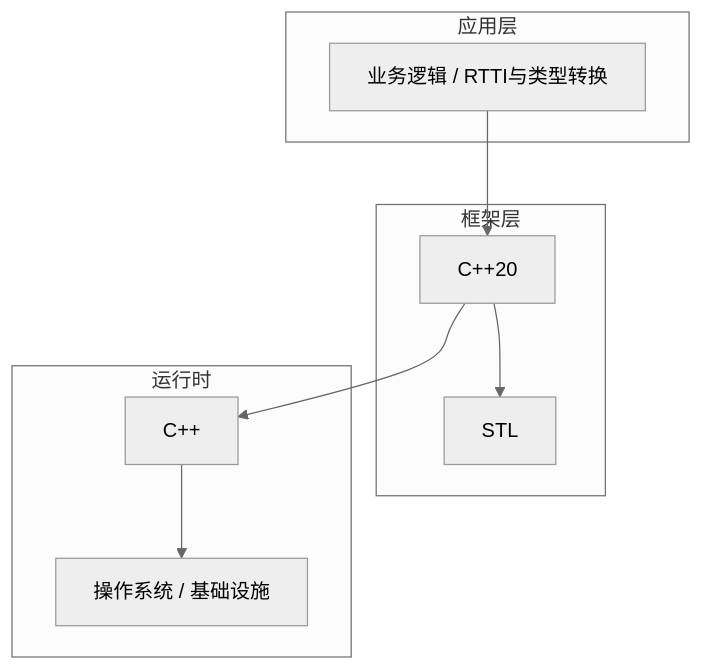
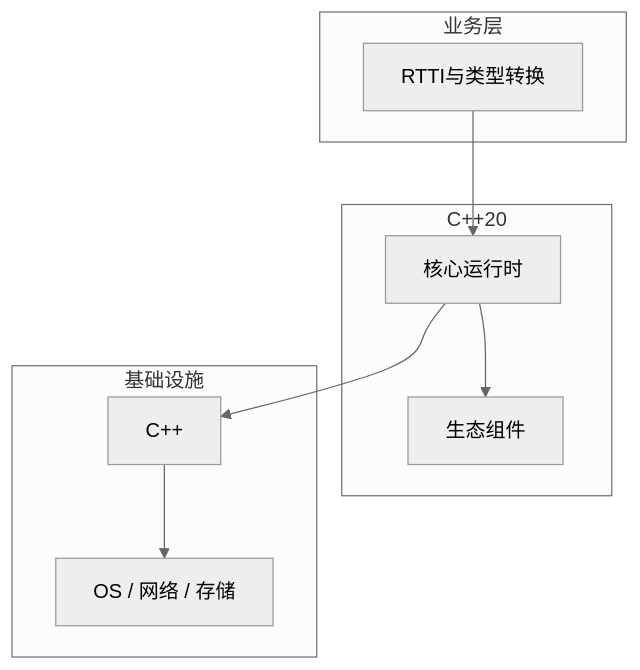
Before and after one commit to yanggan2015/knowledge-json-v2: the diagram in articles/C++/chapters/123-RTTI与类型转换核心概念与原理.md, drawn with Mermaid (neutral theme). The commit also changed other lines of this file and 10127 other files, not shown here.

````diff
--- a/articles/C++/chapters/123-RTTI与类型转换核心概念与原理.md
+++ b/articles/C++/chapters/123-RTTI与类型转换核心概念与原理.md
@@ -45,18 +34,18 @@
 ```mermaid
 graph TB
-    subgraph 应用层
-        A[业务逻辑 / RTTI与类型转换]
+    subgraph 业务层
+        A[RTTI与类型转换]
     end
-    subgraph 框架层
-        B[C++20]
-        C[STL]
+    subgraph C++20
+        B[核心运行时]
+        C[生态组件]
     end
-    subgraph 运行时
+    subgraph 基础设施
         D[C++]
-        E[操作系统 / 基础设施]
+        E[OS / 网络 / 存储]
     end
     A --> B
     B --> C
     B --> D
     D --> E
 ```
````
